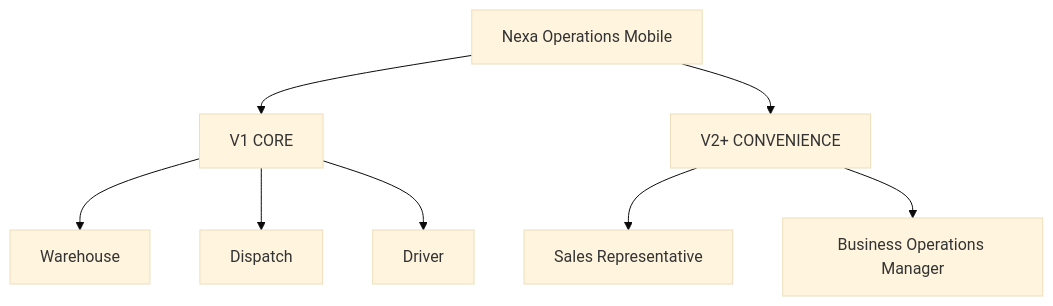
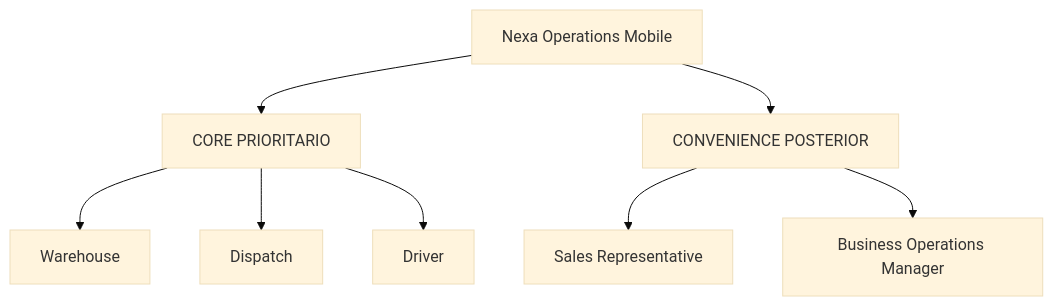
One commit to nexa-suite/mobile-report changed the first of 3 diagrams in report/01-presentation/1.3-target-segments.md. Above: the diagram before and after it, drawn with Mermaid (base theme). The commit also changed other lines of this file and 4 other files, not shown here.

````diff
--- a/report/01-presentation/1.3-target-segments.md
+++ b/report/01-presentation/1.3-target-segments.md
@@ -94,16 +94,16 @@
 ```mermaid
 flowchart TD
     OM["Nexa Operations Mobile"]
-    V1["V1 CORE"]
-    V2["V2+ CONVENIENCE"]
+    CORE["CORE PRIORITARIO"]
+    POST["CONVENIENCE POSTERIOR"]
 
-    OM --> V1
-    OM --> V2
+    OM --> CORE
+    OM --> POST
 
-    V1 --> W["Warehouse"]
-    V1 --> D["Dispatch"]
-    V1 --> DR["Driver"]
+    CORE --> W["Warehouse"]
+    CORE --> D["Dispatch"]
+    CORE --> DR["Driver"]
 
-    V2 --> S["Sales Representative"]
-    V2 --> BOM["Business Operations Manager"]
+    POST --> S["Sales Representative"]
+    POST --> BOM["Business Operations Manager"]
 ```
````
